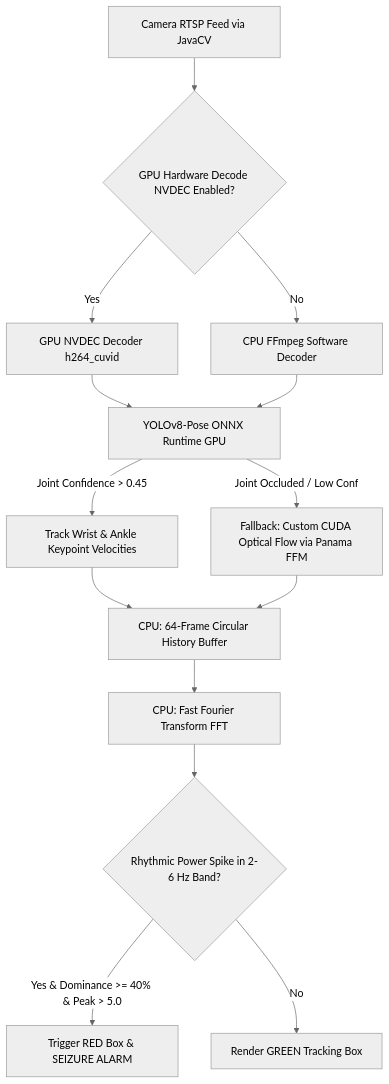
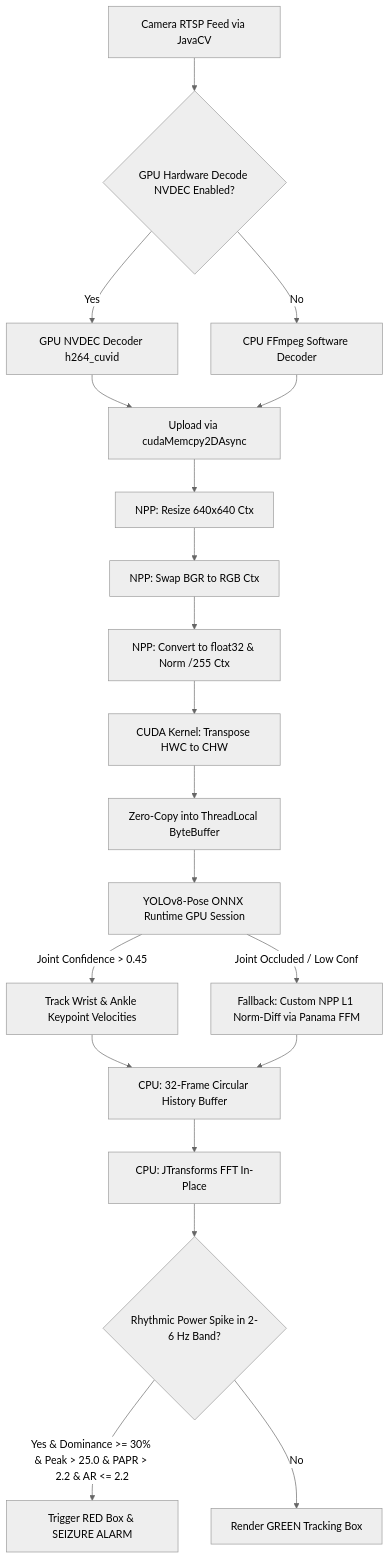
Before and after one commit to markvasey/mystuff: the diagram in TapoViewerMonitorV2/README.md, drawn with Mermaid (neutral theme). The commit also changed other lines of this file, not shown here.

````diff
--- a/TapoViewerMonitorV2/README.md
+++ b/TapoViewerMonitorV2/README.md
@@ -21,16 +22,22 @@
 ```mermaid
 graph TD
     A[Camera RTSP Feed via JavaCV] --> B{GPU Hardware Decode NVDEC Enabled?}
     B -- Yes --> C[GPU NVDEC Decoder h264_cuvid]
     B -- No --> D[CPU FFmpeg Software Decoder]
-    C --> E[YOLOv8-Pose ONNX Runtime GPU]
+    C --> E[Upload via cudaMemcpy2DAsync]
     D --> E
-    E -- Joint Confidence > 0.45 --> F[Track Wrist & Ankle Keypoint Velocities]
-    E -- Joint Occluded / Low Conf --> G[Fallback: Custom CUDA Optical Flow via Panama FFM]
-    F --> H[CPU: 64-Frame Circular History Buffer]
-    G --> H
-    H --> I[CPU: Fast Fourier Transform FFT]
-    I --> J{Rhythmic Power Spike in 2-6 Hz Band?}
-    J -- Yes & Dominance >= 40% & Peak > 5.0 --> K[Trigger RED Box & SEIZURE ALARM]
-    J -- No --> L[Render GREEN Tracking Box]
+    E --> F[NPP: Resize 640x640 Ctx]
+    F --> G[NPP: Swap BGR to RGB Ctx]
+    G --> H[NPP: Convert to float32 & Norm /255 Ctx]
+    H --> I[CUDA Kernel: Transpose HWC to CHW]
+    I --> J[Zero-Copy into ThreadLocal ByteBuffer]
+    J --> K[YOLOv8-Pose ONNX Runtime GPU Session]
+    K -- Joint Confidence > 0.45 --> L[Track Wrist & Ankle Keypoint Velocities]
+    K -- Joint Occluded / Low Conf --> M[Fallback: Custom NPP L1 Norm-Diff via Panama FFM]
+    L --> N[CPU: 32-Frame Circular History Buffer]
+    M --> N
+    N --> O[CPU: JTransforms FFT In-Place]
+    O --> P{Rhythmic Power Spike in 2-6 Hz Band?}
+    P -- Yes & Dominance >= 30% & Peak > 25.0 & PAPR > 2.2 & AR <= 2.2 --> Q[Trigger RED Box & SEIZURE ALARM]
+    P -- No --> R[Render GREEN Tracking Box]
 ```
````
